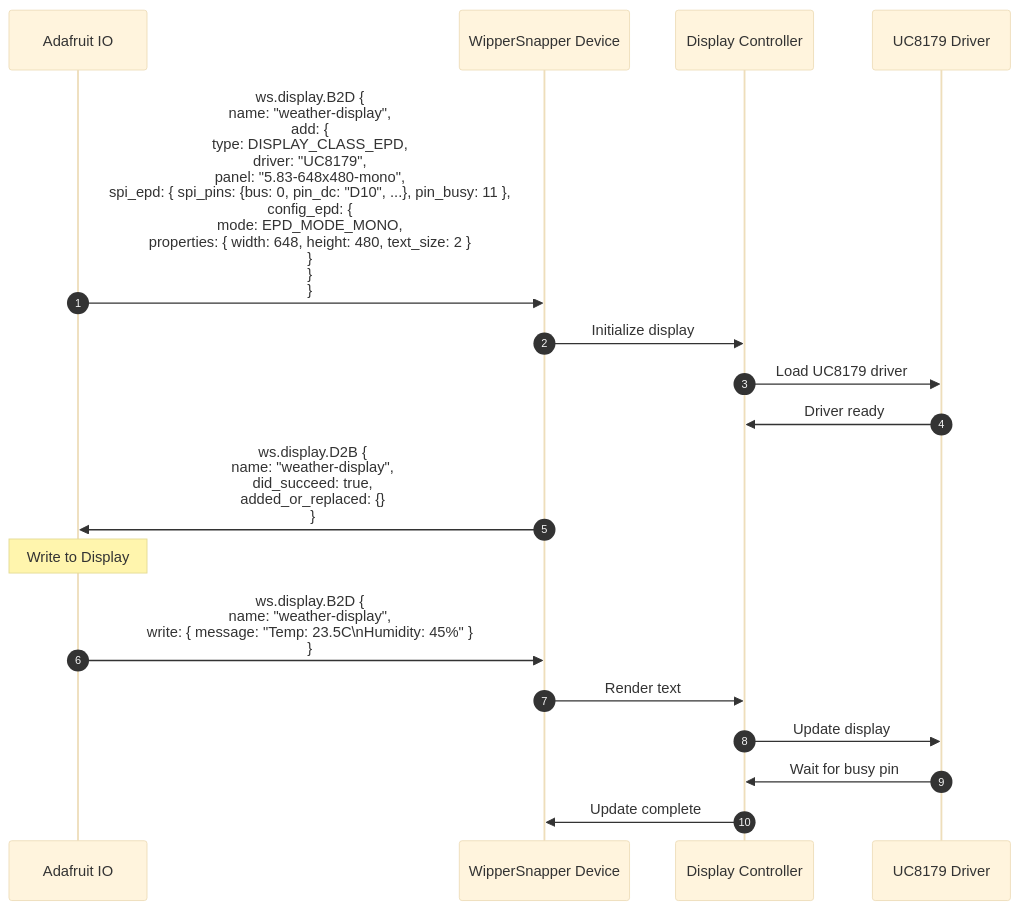
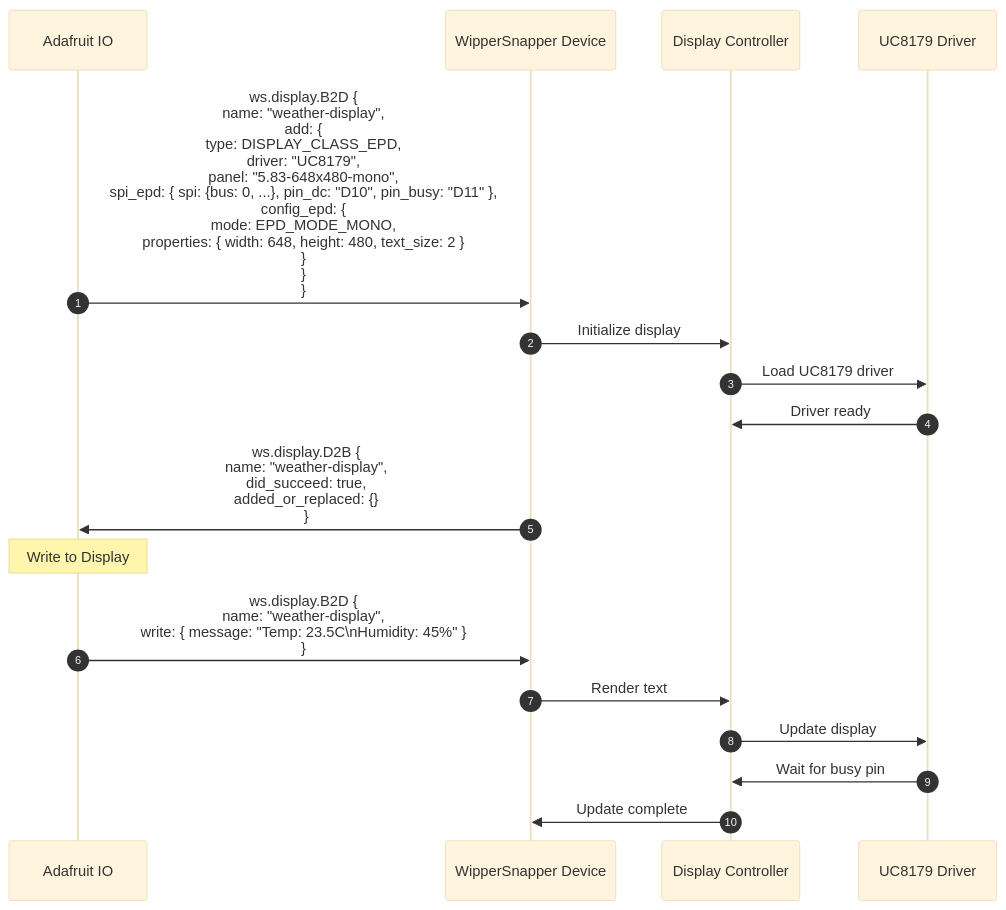
One commit to adafruit/Wippersnapper_Protobuf changed the sixth of 13 diagrams in proto/wippersnapper/docs/wippersnapper_device_overview.md. Above: the diagram before and after it, drawn with Mermaid (base theme). The commit also changed other lines of this file and 6 other files, not shown here.

Commit message:
feat(spi): introduce reusable SPI device configuration and update display options

````diff
--- a/proto/wippersnapper/docs/wippersnapper_device_overview.md
+++ b/proto/wippersnapper/docs/wippersnapper_device_overview.md
@@ -369,24 +369,24 @@
 ```mermaid
 sequenceDiagram
 autonumber
 participant IO as Adafruit IO
 participant Device as WipperSnapper Device
 participant Display as Display Controller
 participant Driver as UC8179 Driver
 
-IO->>Device: ws.display.B2D {<br/>  name: "weather-display",<br/>  add: {<br/>    type: DISPLAY_CLASS_EPD,<br/>    driver: "UC8179",<br/>    panel: "5.83-648x480-mono",<br/>    spi_epd: { spi_pins: {bus: 0, pin_dc: "D10", ...}, pin_busy: 11 },<br/>    config_epd: {<br/>      mode: EPD_MODE_MONO,<br/>      properties: { width: 648, height: 480, text_size: 2 }<br/>    }<br/>  }<br/>}
+IO->>Device: ws.display.B2D {<br/>  name: "weather-display",<br/>  add: {<br/>    type: DISPLAY_CLASS_EPD,<br/>    driver: "UC8179",<br/>    panel: "5.83-648x480-mono",<br/>    spi_epd: { spi: {bus: 0, ...}, pin_dc: "D10", pin_busy: "D11" },<br/>    config_epd: {<br/>      mode: EPD_MODE_MONO,<br/>      properties: { width: 648, height: 480, text_size: 2 }<br/>    }<br/>  }<br/>}
 
 Device->>Display: Initialize display
 Display->>Driver: Load UC8179 driver
 Driver->>Display: Driver ready
 
 Device->>IO: ws.display.D2B {<br/>  name: "weather-display",<br/>  did_succeed: true,<br/>  added_or_replaced: {}<br/>}
 
 Note over IO: Write to Display
 IO->>Device: ws.display.B2D {<br/>  name: "weather-display",<br/>  write: { message: "Temp: 23.5C\nHumidity: 45%" }<br/>}
 
 Device->>Display: Render text
 Display->>Driver: Update display
 Driver->>Display: Wait for busy pin
 Display->>Device: Update complete
 ```
````
